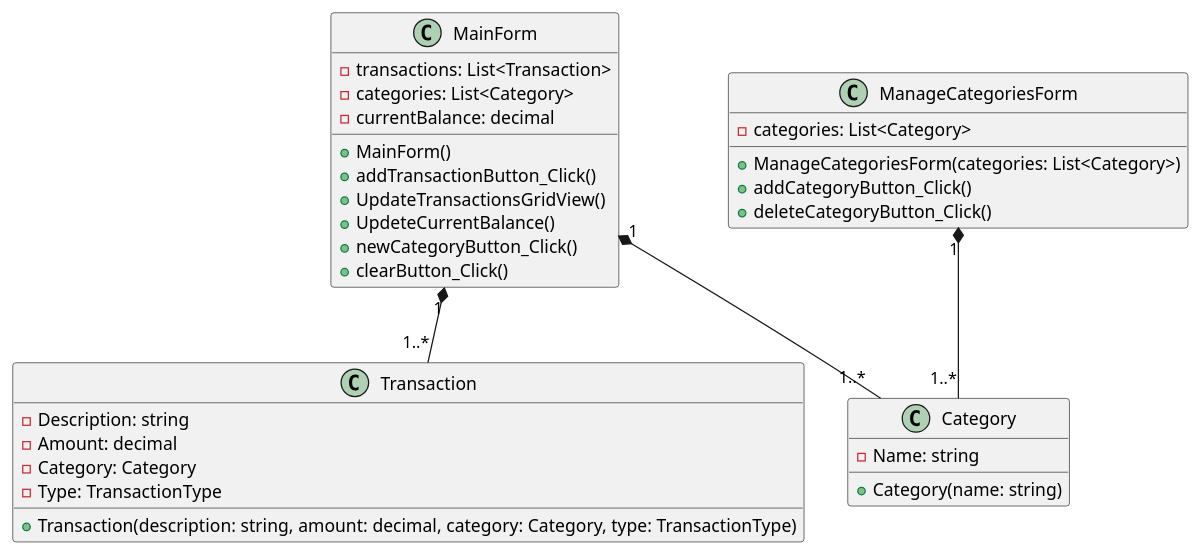
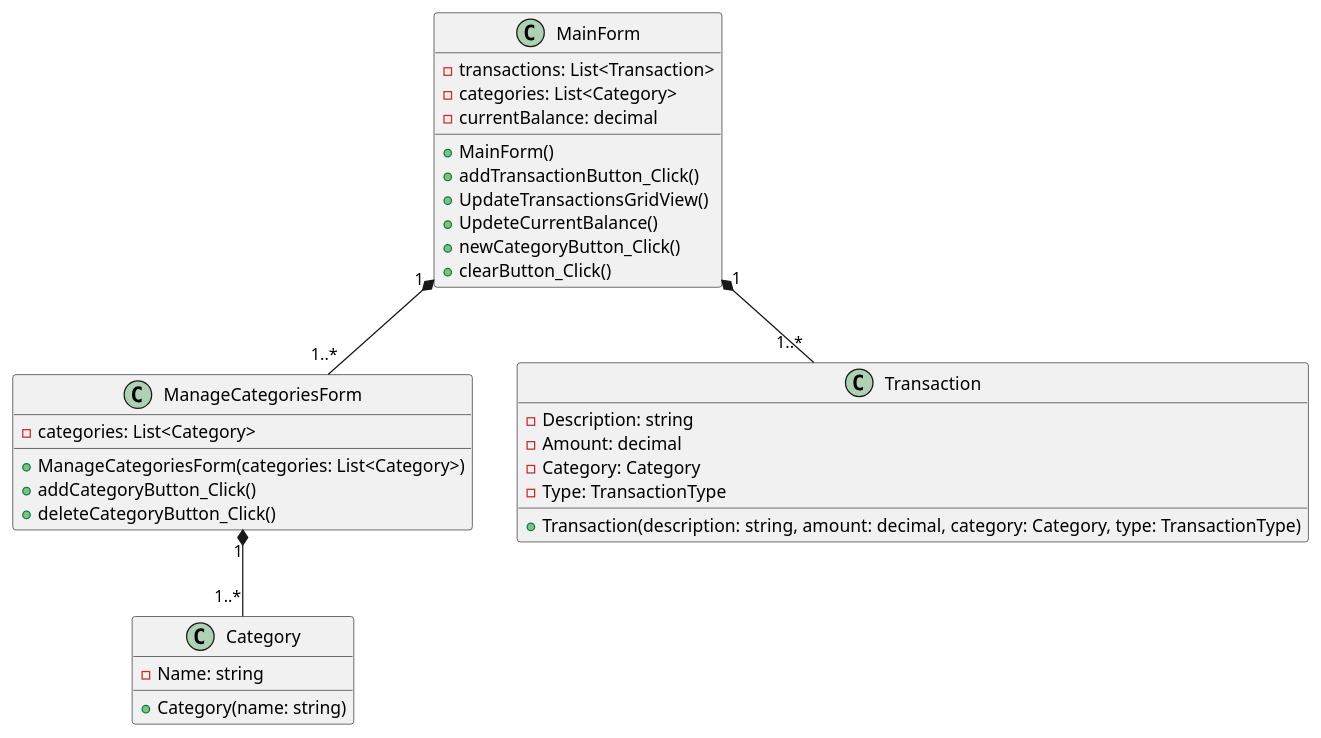
One commit to Vegas30/Top changed the second of 2 diagrams in C#/Exam/VSCodeUML/bms_2.plantuml. Above: the diagram before and after it, drawn with PlantUML. The commit also changed 4 other files, not shown here.

```diff
--- a/C#/Exam/VSCodeUML/bms_2.plantuml
+++ b/C#/Exam/VSCodeUML/bms_2.plantuml
@@ -16,41 +16,41 @@
 @startuml
 
 class MainForm {
     - transactions: List<Transaction>
     - categories: List<Category>
     - currentBalance: decimal
     + MainForm()
     + addTransactionButton_Click()
     + UpdateTransactionsGridView()
     + UpdeteCurrentBalance()
     + newCategoryButton_Click()
     + clearButton_Click()
 }
 
 class ManageCategoriesForm {
     - categories: List<Category>
     + ManageCategoriesForm(categories: List<Category>)
     + addCategoryButton_Click()
     + deleteCategoryButton_Click()
 }
 
 class Transaction {
     - Description: string
     - Amount: decimal
     - Category: Category
     - Type: TransactionType
     + Transaction(description: string, amount: decimal, category: Category, type: TransactionType)
 }
 
 class Category {
     - Name: string
     + Category(name: string)
 }
 
 
 
 MainForm "1" *-- "1..*" Transaction
-MainForm "1" *-- "1..*" Category
+MainForm "1" *-- "1..*" ManageCategoriesForm
 ManageCategoriesForm "1" *-- "1..*" Category
 
 @enduml
```
